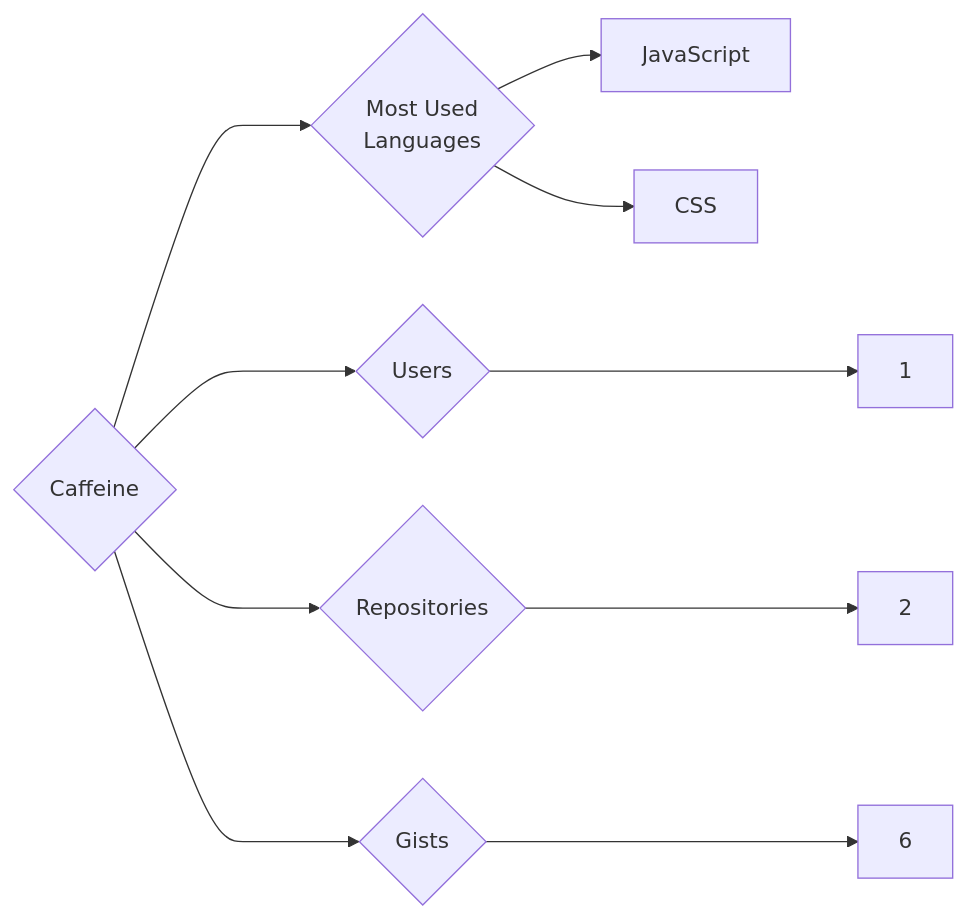
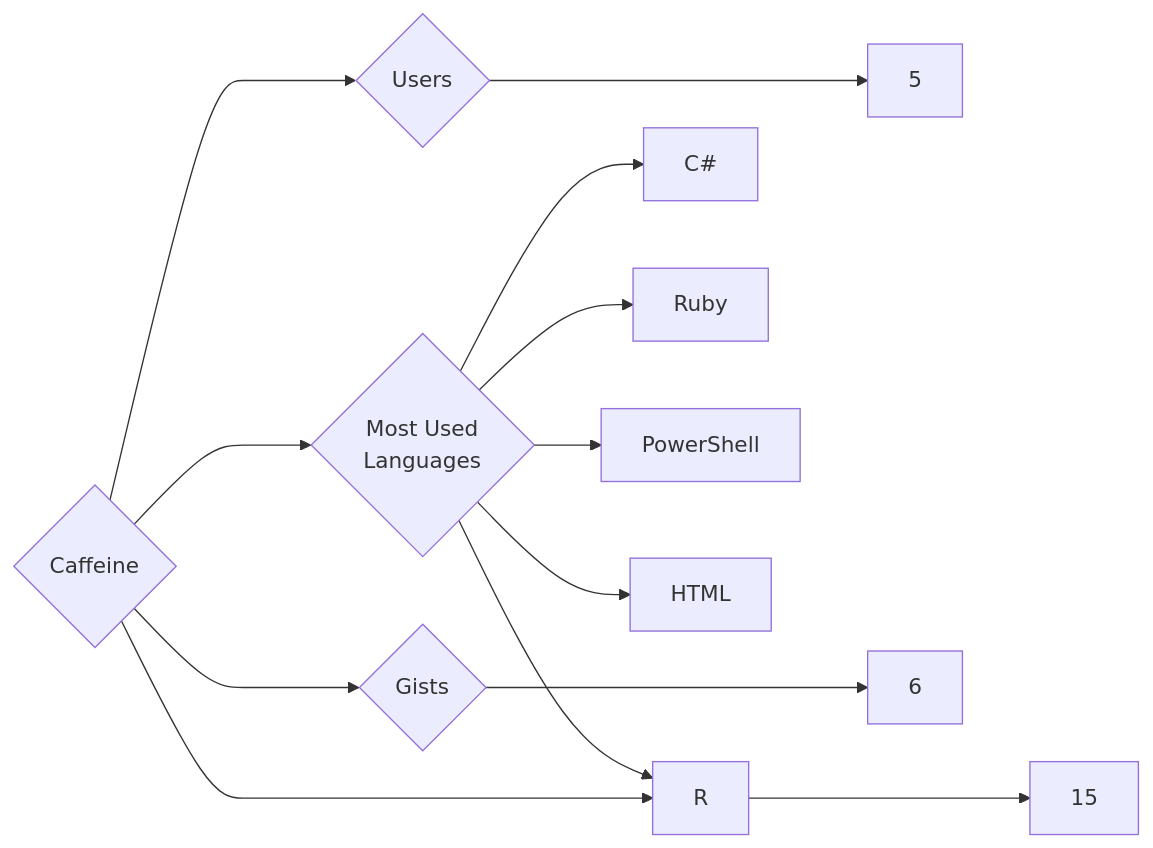
One commit to trickest/insiders changed the diagram in targets/Caffeine/README.md. Above: the diagram before and after it, drawn with Mermaid. The commit also changed 1120 other files, not shown here.

````diff
--- a/targets/Caffeine/README.md
+++ b/targets/Caffeine/README.md
@@ -3,10 +3,13 @@
 ```mermaid
 graph LR
 COMPANY_NAME{Caffeine}
-COMPANY_NAME ---> U{Users} ---> UN[1]
-COMPANY_NAME ---> R{Repositories} ---> RN[2]
+COMPANY_NAME ---> U{Users} ---> UN[5]
+COMPANY_NAME ---> R{Repositories} ---> RN[15]
 COMPANY_NAME ---> G{Gists} ---> GN[6]
 COMPANY_NAME ---> ML{Most Used<br>Languages}
-ML --> JavaScript[JavaScript]
-ML --> CSS[CSS]
+ML --> C#[C#]
+ML --> Ruby[Ruby]
+ML --> R[R]
+ML --> PowerShell[PowerShell]
+ML --> HTML[HTML]
 ```
````
